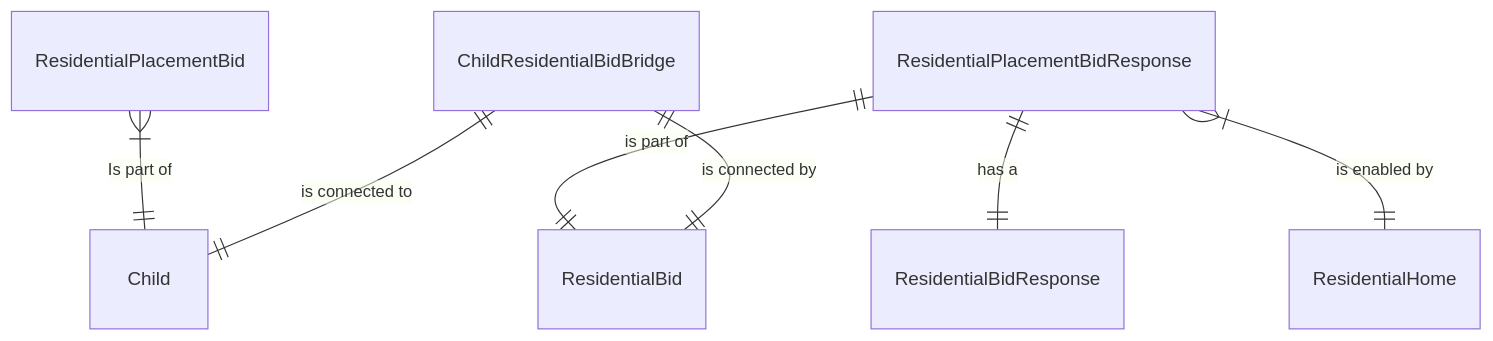
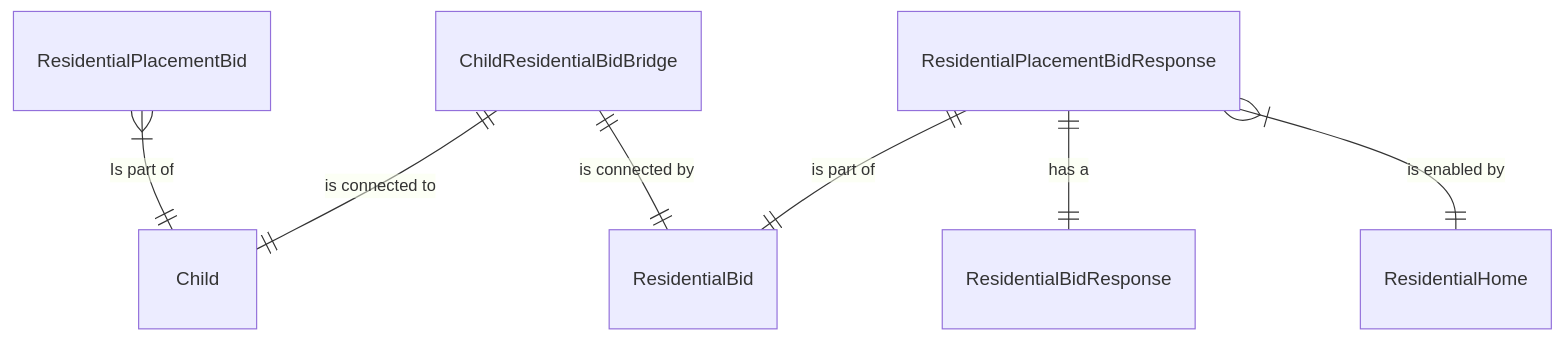
Before and after one commit to placementdatacollaboration/cpp_data_model: the second of 8 diagrams in README.md, drawn with Mermaid. The commit also changed other lines of this file, not shown here.

Commit message:
Untangled residential bid diagram, added connecting table to Provider section

````diff
--- a/README.md
+++ b/README.md
@@ -22,9 +22,10 @@
 ```mermaid
 erDiagram
+    ResidentialPlacementBid }|--|| Child : "Is part of"
     ChildResidentialBidBridge ||--|| ResidentialBid : "is connected by"
     ChildResidentialBidBridge ||--|| Child : "is connected to"
     ResidentialPlacementBidResponse ||--|| ResidentialBidResponse : "has a"
     ResidentialPlacementBidResponse ||--|| ResidentialBid : "is part of"
     ResidentialPlacementBidResponse }|--|| ResidentialHome : "is enabled by"
-    ResidentialPlacementBid }|--|| Child : "Is part of"
+    
 ```    
````
